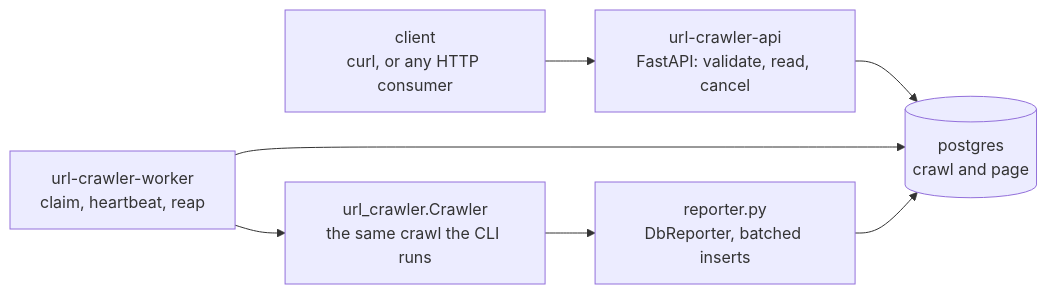
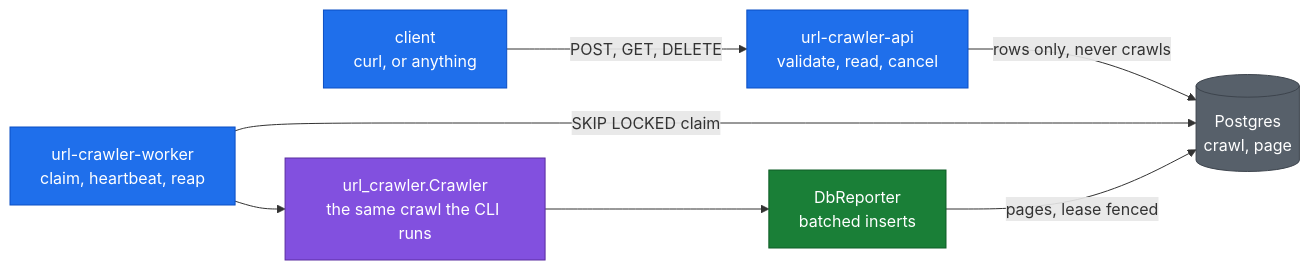
One commit to jmbcs/url-crawler changed the second of 2 diagrams in docs/architecture.md. Above: the diagram before and after it, drawn with Mermaid. The commit also changed other lines of this file and 1 other file, not shown here.

Commit message:
docs: colour and simplify the diagrams

````diff
--- a/docs/architecture.md
+++ b/docs/architecture.md
@@ -62,9 +83,18 @@
 ```mermaid
 flowchart LR
-    Client["client<br>curl, or any HTTP consumer"] --> Api["url-crawler-api<br>FastAPI: validate, read, cancel"]
-    Api --> Db[("postgres<br>crawl and page")]
-    Worker["url-crawler-worker<br>claim, heartbeat, reap"] --> Db
-    Worker --> Core["url_crawler.Crawler<br>the same crawl the CLI runs"]
-    Core --> Reporter["reporter.py<br>DbReporter, batched inserts"]
-    Reporter --> Db
+    C["client<br>curl, or anything"] -->|"POST, GET, DELETE"| API["url-crawler-api<br>validate, read, cancel"]
+    API -->|"rows only, never crawls"| DB[("Postgres<br>crawl, page")]
+    WRK["url-crawler-worker<br>claim, heartbeat, reap"] -->|"SKIP LOCKED claim"| DB
+    WRK --> CORE["url_crawler.Crawler<br>the same crawl the CLI runs"]
+    CORE --> DR["DbReporter<br>batched inserts"]
+    DR -->|"pages, lease fenced"| DB
+
+    classDef entry fill:#1f6feb,stroke:#0b4fc4,color:#ffffff
+    classDef brain fill:#8250df,stroke:#5a2ca0,color:#ffffff
+    classDef out fill:#1a7f37,stroke:#0f5c26,color:#ffffff
+    classDef store fill:#57606a,stroke:#3d444d,color:#ffffff
+    class C,API,WRK entry
+    class CORE brain
+    class DR out
+    class DB store
 ```
````
